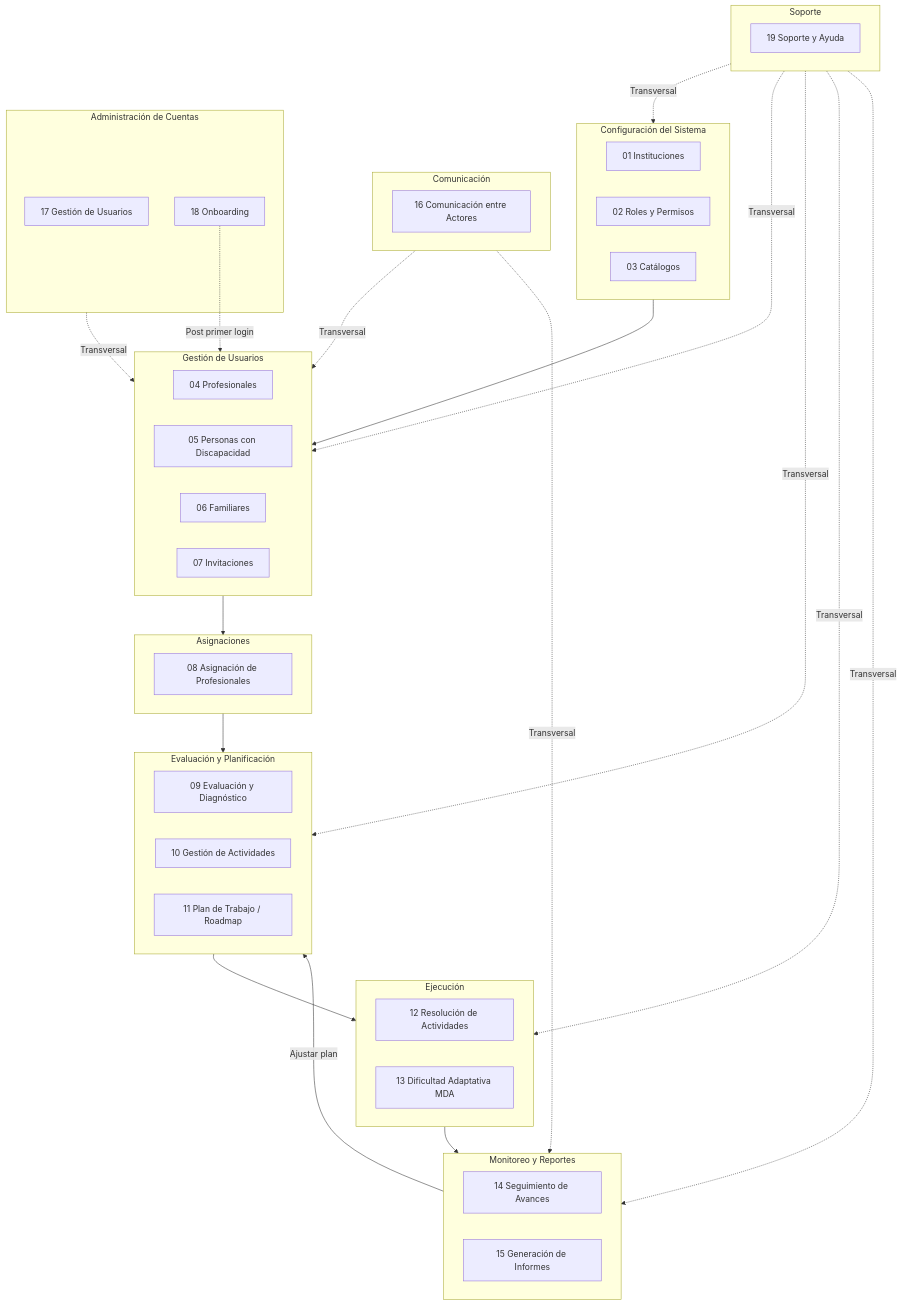
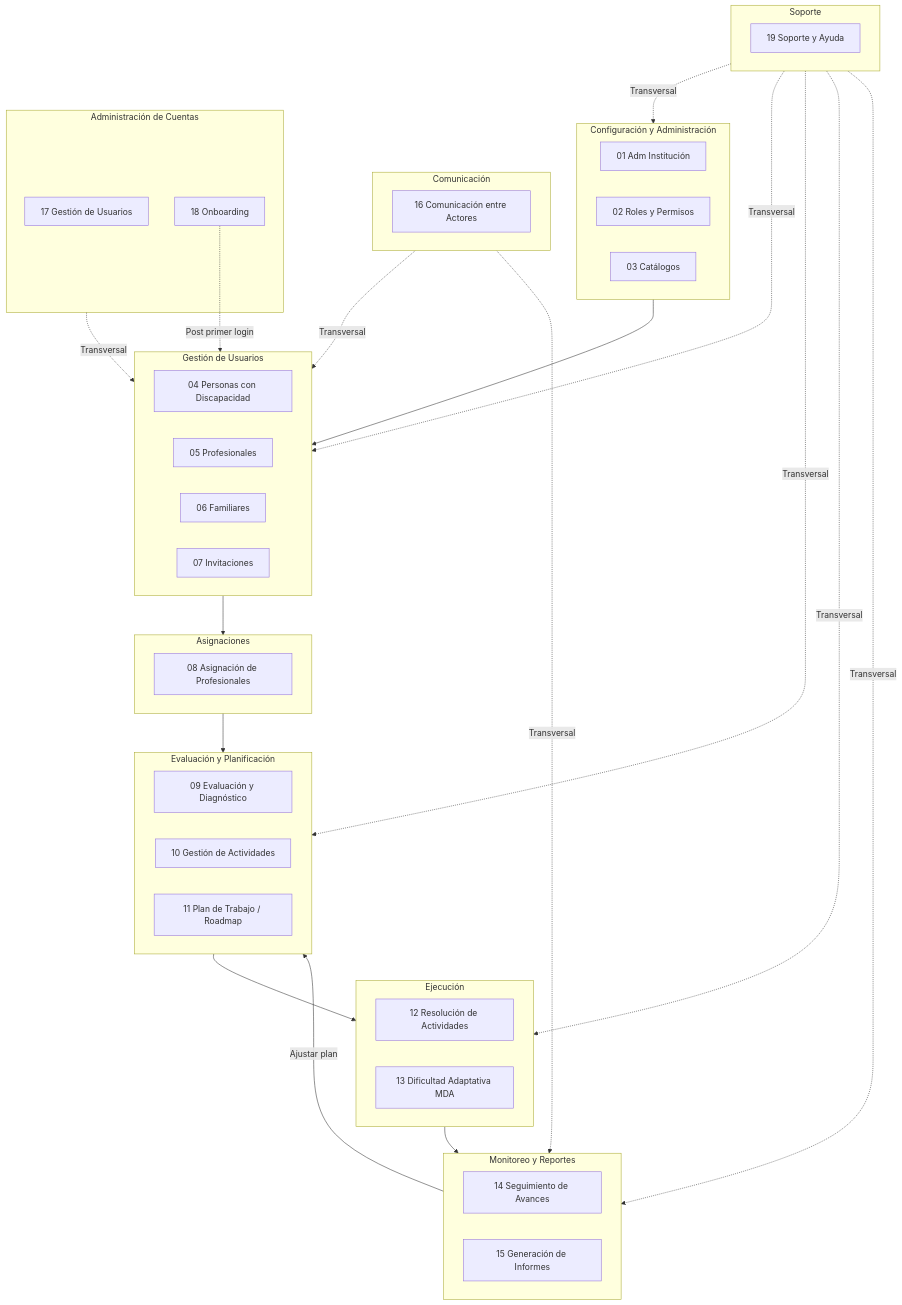
The first of 6 diagrams in InclusiON.Documents/Process/00-mapa-global-procesos.md (Sacha-html/InclusiON), drawn with Mermaid before and after one commit. The commit also changed other lines of this file and 138 other files, not shown here.

````diff
--- a/InclusiON.Documents/Process/00-mapa-global-procesos.md
+++ b/InclusiON.Documents/Process/00-mapa-global-procesos.md
@@ -7,61 +7,61 @@
 ```mermaid
 flowchart TB
-    subgraph CONFIG["Configuración del Sistema"]
-        P01[01 Instituciones]
+    subgraph CONFIG["Configuración y Administración"]
+        P01[01 Adm Institución]
         P02[02 Roles y Permisos]
         P03[03 Catálogos]
     end
 
     subgraph USUARIOS["Gestión de Usuarios"]
-        P04[04 Profesionales]
-        P05[05 Personas con Discapacidad]
+        P04[04 Personas con Discapacidad]
+        P05[05 Profesionales]
         P06[06 Familiares]
         P07[07 Invitaciones]
     end
 
     subgraph ASIG["Asignaciones"]
         P08[08 Asignación de Profesionales]
     end
 
     subgraph EVAL["Evaluación y Planificación"]
         P09[09 Evaluación y Diagnóstico]
         P10[10 Gestión de Actividades]
         P11[11 Plan de Trabajo / Roadmap]
     end
 
     subgraph EJEC["Ejecución"]
         P12[12 Resolución de Actividades]
         P13[13 Dificultad Adaptativa MDA]
     end
 
     subgraph MONIT["Monitoreo y Reportes"]
         P14[14 Seguimiento de Avances]
         P15[15 Generación de Informes]
     end
 
     subgraph COM["Comunicación"]
         P16[16 Comunicación entre Actores]
     end
 
     subgraph ADMIN_CUENTAS["Administración de Cuentas"]
         P17[17 Gestión de Usuarios]
         P18[18 Onboarding]
     end
 
     subgraph SOPORTE["Soporte"]
         P19[19 Soporte y Ayuda]
     end
 
     CONFIG --> USUARIOS
     USUARIOS --> ASIG
     ASIG --> EVAL
     EVAL --> EJEC
     EJEC --> MONIT
     MONIT -->|Ajustar plan| EVAL
     COM -.->|Transversal| USUARIOS
     COM -.->|Transversal| MONIT
     ADMIN_CUENTAS -.->|Transversal| USUARIOS
     P18 -.->|Post primer login| USUARIOS
     SOPORTE -.->|Transversal| CONFIG & USUARIOS & EVAL & EJEC & MONIT
 
 ```
````
